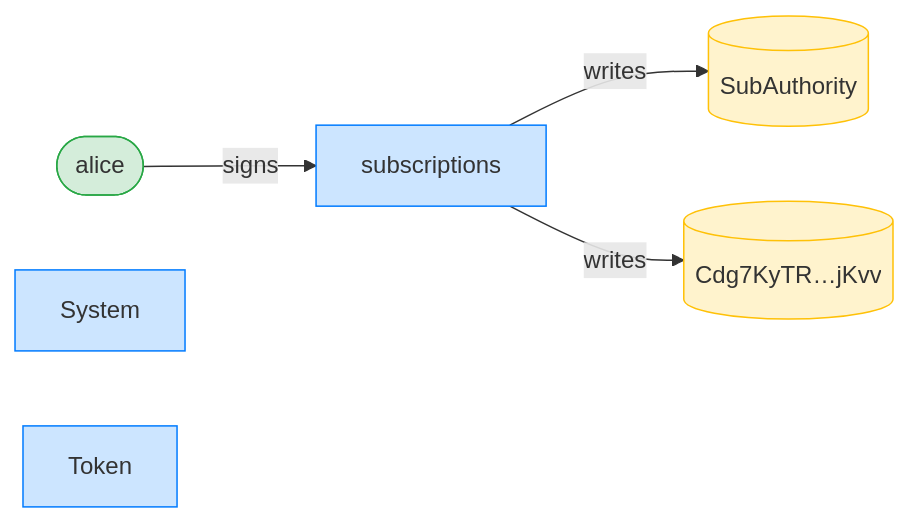
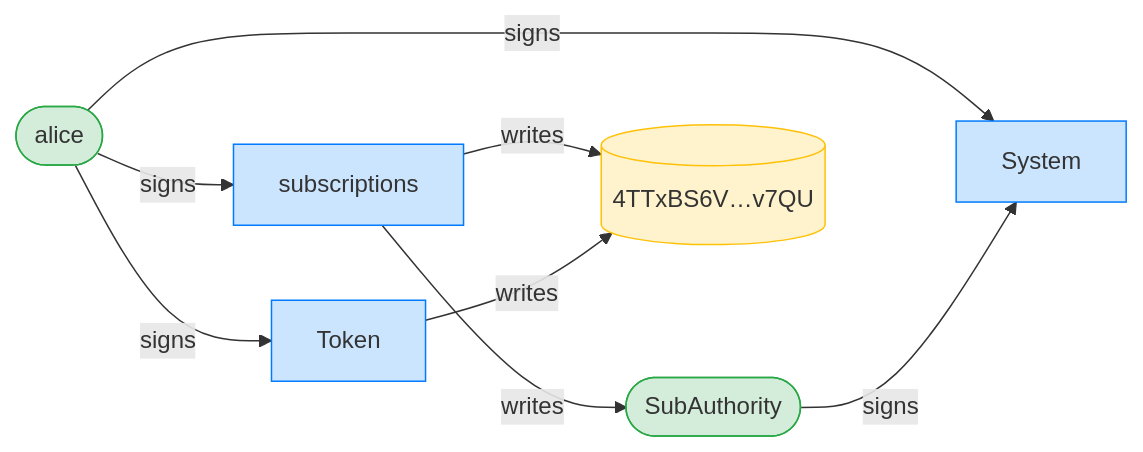
One commit to cds-rs/subscriptions changed the third of 8 diagrams in dsl_tests/revoke-abandoned-rejects-a-live-delegation.md. Above: the diagram before and after it, drawn with Mermaid. The commit also changed other lines of this file and 224 other files, not shown here.

````diff
--- a/dsl_tests/revoke-abandoned-rejects-a-live-delegation.md
+++ b/dsl_tests/revoke-abandoned-rejects-a-live-delegation.md
@@ -53,15 +54,19 @@
 ```mermaid
 flowchart LR
     classDef signer fill:#d4edda,stroke:#28a745;
     classDef program fill:#cce5ff,stroke:#007bff;
     classDef writable fill:#fff3cd,stroke:#ffc107;
     subscriptions[subscriptions]:::program
     alice([alice]):::signer
-    SubAuthority[(SubAuthority)]:::writable
-    Cdg7KyTR_jKvv[("Cdg7KyTR…jKvv")]:::writable
+    SubAuthority([SubAuthority]):::signer
+    4TTxBS6V_v7QU[("4TTxBS6V…v7QU")]:::writable
     System[System]:::program
     Token[Token]:::program
     alice -->|signs| subscriptions
+    alice -->|signs| System
+    SubAuthority -->|signs| System
+    alice -->|signs| Token
     subscriptions -->|writes| SubAuthority
-    subscriptions -->|writes| Cdg7KyTR_jKvv
+    subscriptions -->|writes| 4TTxBS6V_v7QU
+    Token -->|writes| 4TTxBS6V_v7QU
 ```
````
